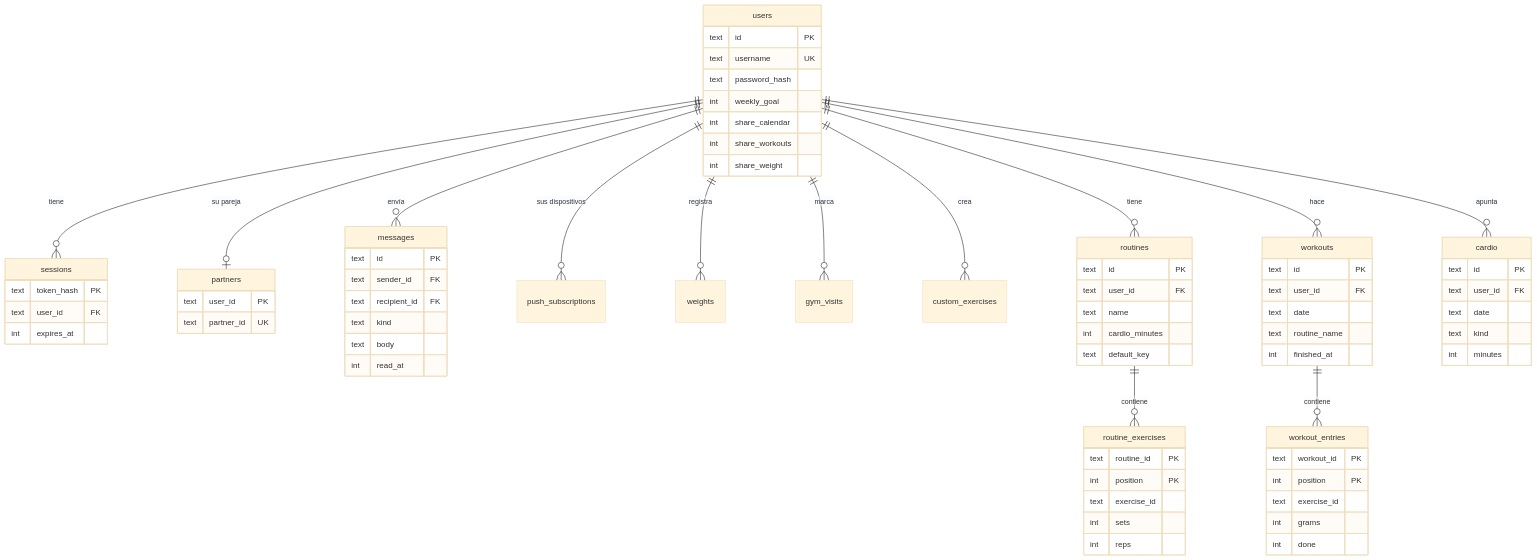
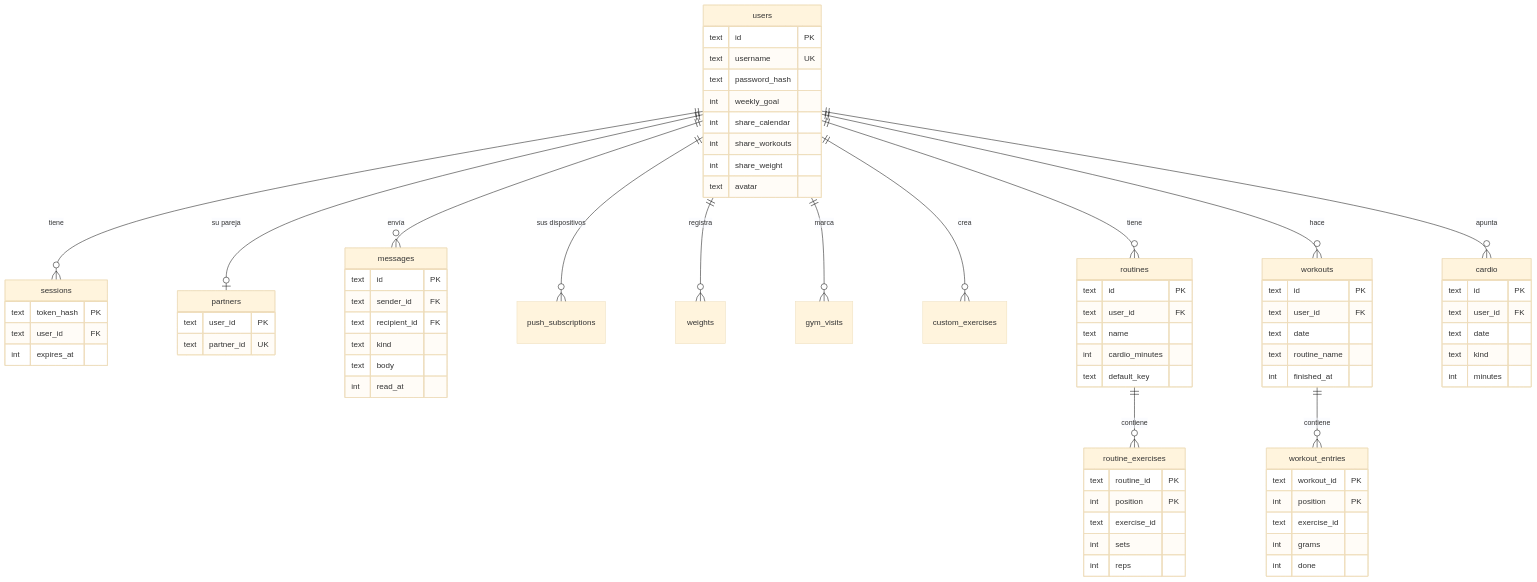
One commit to waving969/Duo-gym-app changed the diagram in docs/base-de-datos.md. Above: the diagram before and after it, drawn with Mermaid (base theme). The commit also changed 69 other files, not shown here.

````diff
--- a/docs/base-de-datos.md
+++ b/docs/base-de-datos.md
@@ -5,77 +5,78 @@
 ```mermaid
 erDiagram
     users ||--o{ sessions : tiene
     users ||--o| partners : "su pareja"
     users ||--o{ messages : "envía"
     users ||--o{ push_subscriptions : "sus dispositivos"
     users ||--o{ weights : registra
     users ||--o{ gym_visits : marca
     users ||--o{ custom_exercises : crea
     users ||--o{ routines : tiene
     routines ||--o{ routine_exercises : contiene
     users ||--o{ workouts : hace
     workouts ||--o{ workout_entries : contiene
     users ||--o{ cardio : apunta
 
     users {
         text id PK
         text username UK
         text password_hash
         int weekly_goal
         int share_calendar
         int share_workouts
         int share_weight
+        text avatar
     }
     sessions {
         text token_hash PK
         text user_id FK
         int expires_at
     }
     partners {
         text user_id PK
         text partner_id UK
     }
     messages {
         text id PK
         text sender_id FK
         text recipient_id FK
         text kind
         text body
         int read_at
     }
     routines {
         text id PK
         text user_id FK
         text name
         int cardio_minutes
         text default_key
     }
     routine_exercises {
         text routine_id PK
         int position PK
         text exercise_id
         int sets
         int reps
     }
     workouts {
         text id PK
         text user_id FK
         text date
         text routine_name
         int finished_at
     }
     workout_entries {
         text workout_id PK
         int position PK
         text exercise_id
         int grams
         int done
     }
     cardio {
         text id PK
         text user_id FK
         text date
         text kind
         int minutes
     }
 ```
````
